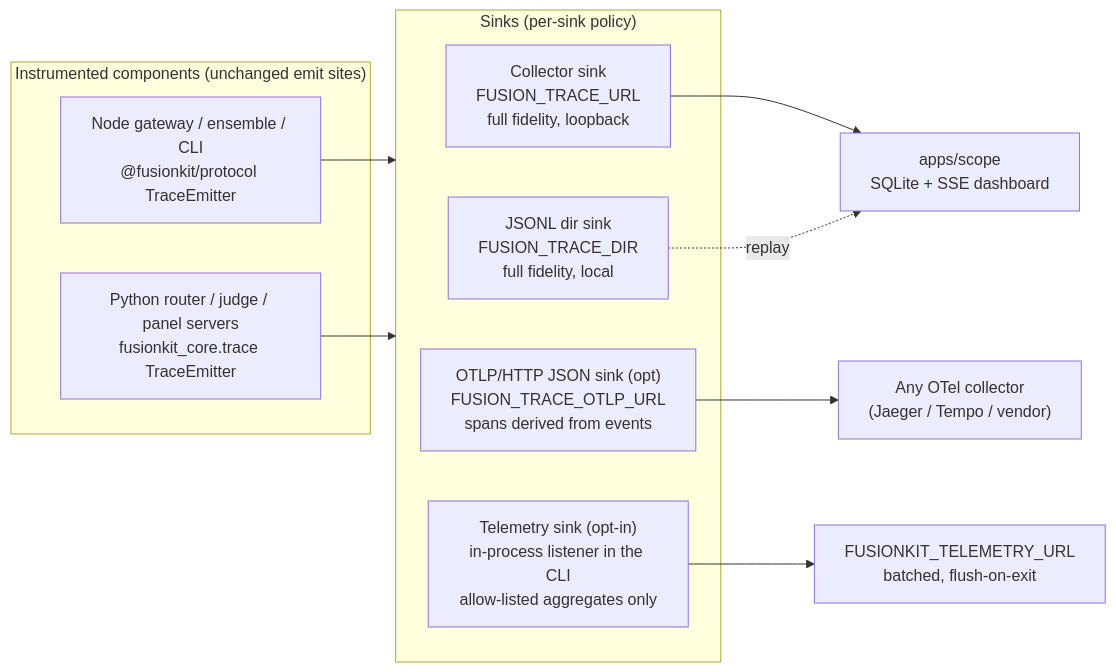
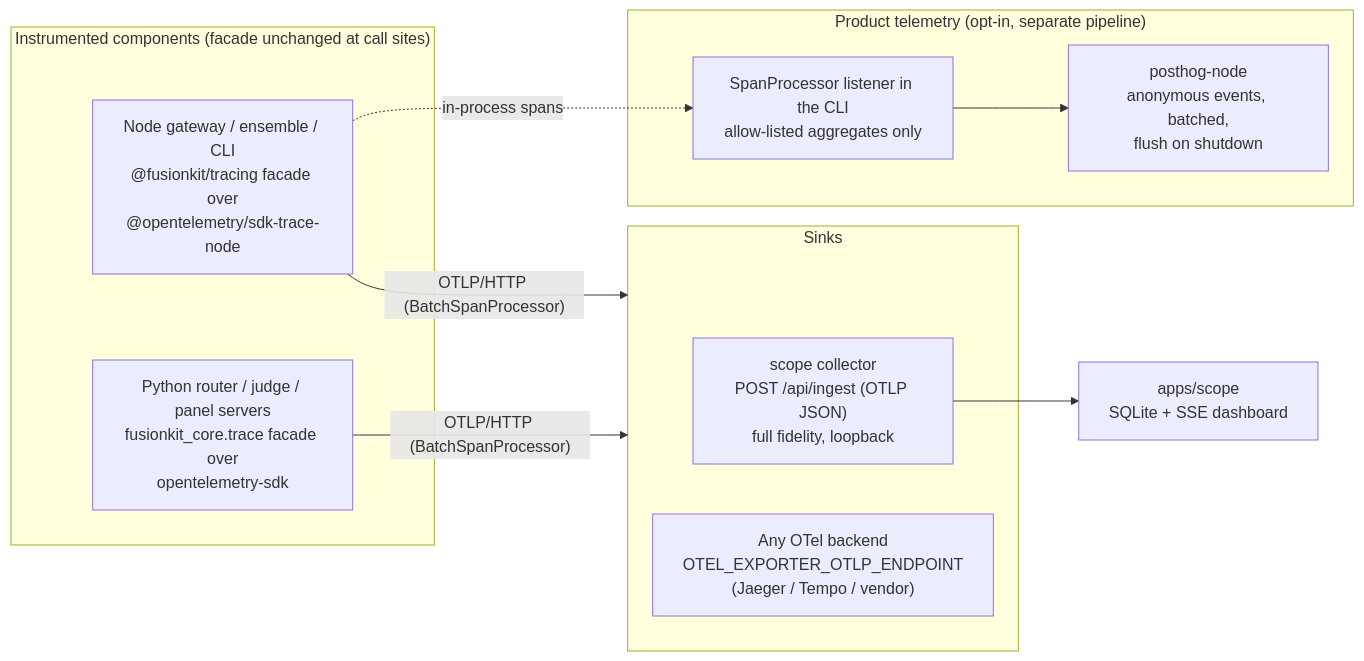
One commit to velum-labs/handoffkit changed the diagram in docs/planning/tracing-and-telemetry-plan.md. Above: the diagram before and after it, drawn with Mermaid. The commit also changed other lines of this file, not shown here.

Commit message:
Rework tracing plan around OTel SDKs and posthog-node instead of hand-rolled emitters

````diff
--- a/docs/planning/tracing-and-telemetry-plan.md
+++ b/docs/planning/tracing-and-telemetry-plan.md
@@ -64,22 +73,25 @@
 ```mermaid
 flowchart LR
-  subgraph emitters["Instrumented components (unchanged emit sites)"]
-    gw["Node gateway / ensemble / CLI<br/>@fusionkit/protocol TraceEmitter"]
-    py["Python router / judge / panel servers<br/>fusionkit_core.trace TraceEmitter"]
+  subgraph emitters["Instrumented components (facade unchanged at call sites)"]
+    gw["Node gateway / ensemble / CLI<br/>@fusionkit/tracing facade over<br/>@opentelemetry/sdk-trace-node"]
+    py["Python router / judge / panel servers<br/>fusionkit_core.trace facade over<br/>opentelemetry-sdk"]
   end
 
-  gw --> sinks
-  py --> sinks
+  gw -- "OTLP/HTTP (BatchSpanProcessor)" --> sinks
+  py -- "OTLP/HTTP (BatchSpanProcessor)" --> sinks
 
-  subgraph sinks["Sinks (per-sink policy)"]
-    jsonl["JSONL dir sink<br/>FUSION_TRACE_DIR<br/>full fidelity, local"]
-    http["Collector sink<br/>FUSION_TRACE_URL<br/>full fidelity, loopback"]
-    otlp["OTLP/HTTP JSON sink (opt)<br/>FUSION_TRACE_OTLP_URL<br/>spans derived from events"]
-    tele["Telemetry sink (opt-in)<br/>in-process listener in the CLI<br/>allow-listed aggregates only"]
+  subgraph sinks["Sinks"]
+    scopecol["scope collector<br/>POST /api/ingest (OTLP JSON)<br/>full fidelity, loopback"]
+    vendor["Any OTel backend<br/>OTEL_EXPORTER_OTLP_ENDPOINT<br/>(Jaeger / Tempo / vendor)"]
   end
 
-  http --> scope["apps/scope<br/>SQLite + SSE dashboard"]
-  jsonl -. replay .-> scope
-  otlp --> vendor["Any OTel collector<br/>(Jaeger / Tempo / vendor)"]
-  tele --> ep["FUSIONKIT_TELEMETRY_URL<br/>batched, flush-on-exit"]
+  scopecol --> scope["apps/scope<br/>SQLite + SSE dashboard"]
+
+  subgraph telemetry["Product telemetry (opt-in, separate pipeline)"]
+    listener["SpanProcessor listener in the CLI<br/>allow-listed aggregates only"]
+    ph["posthog-node<br/>anonymous events, batched,<br/>flush on shutdown"]
+  end
+
+  gw -. in-process spans .-> listener
+  listener --> ph
 ```
````
